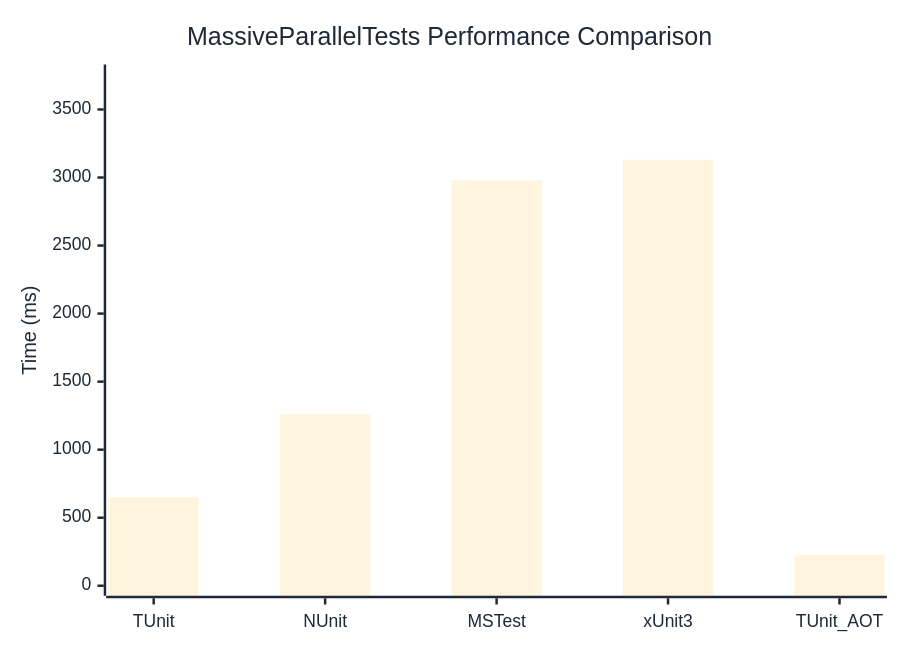
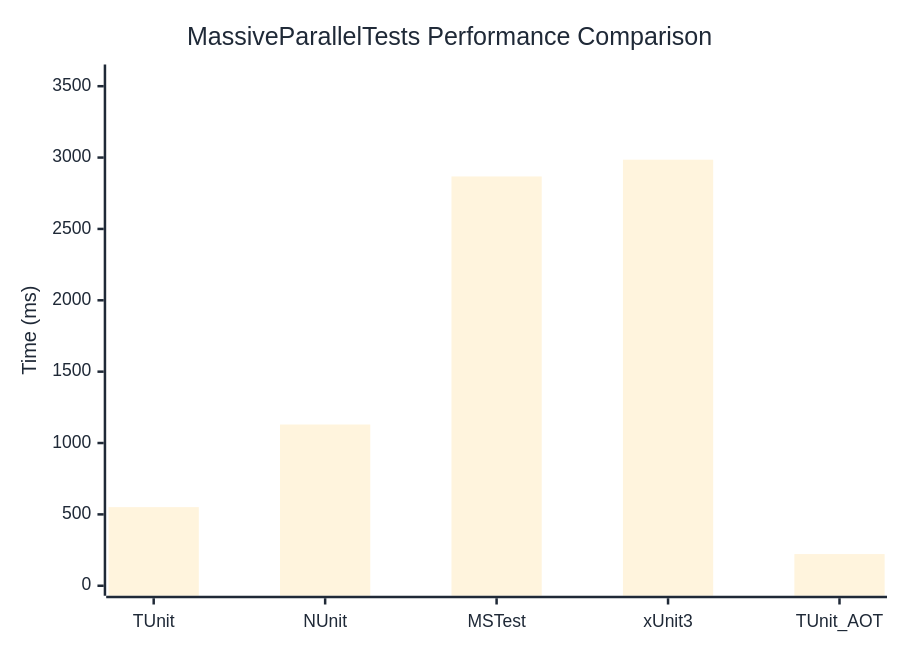
Before and after one commit to thomhurst/TUnit: the diagram in docs/docs/benchmarks/MassiveParallelTests.md, drawn with Mermaid. The commit also changed other lines of this file and 17 other files, not shown here.

````diff
--- a/docs/docs/benchmarks/MassiveParallelTests.md
+++ b/docs/docs/benchmarks/MassiveParallelTests.md
@@ -27,37 +27,37 @@
 ```mermaid
 %%{init: {
   'theme':'base',
   'themeVariables': {
     'primaryColor': '#2563eb',
     'primaryTextColor': '#1f2937',
     'primaryBorderColor': '#1e40af',
     'lineColor': '#6b7280',
     'secondaryColor': '#7c3aed',
     'tertiaryColor': '#dc2626',
     'background': '#ffffff',
     'mainBkg': '#2563eb',
     'secondBkg': '#7c3aed',
     'tertiaryBkg': '#dc2626',
     'clusterBkg': '#f3f4f6',
     'edgeLabelBackground': '#ffffff',
     'tertiaryTextColor': '#1f2937',
     'pie1': '#2563eb',
     'pie2': '#7c3aed',
     'pie3': '#dc2626',
     'pie4': '#f59e0b',
     'pie5': '#10b981',
     'pie6': '#06b6d4',
     'pie7': '#ec4899',
     'pie8': '#6366f1',
     'pie9': '#84cc16',
     'pie10': '#f97316',
     'pie11': '#14b8a6',
     'pie12': '#a855f7'
   }
 }}%%
 xychart-beta
   title "MassiveParallelTests Performance Comparison"
   x-axis ["TUnit", "NUnit", "MSTest", "xUnit3", "TUnit_AOT"]
-  y-axis "Time (ms)" 0 --> 3757
-  bar [650.5, 1259.6, 2978.6, 3130.1, 226.8]
+  y-axis "Time (ms)" 0 --> 3582
+  bar [550.9, 1129.7, 2867.7, 2985, 221.9]
 ```
````
